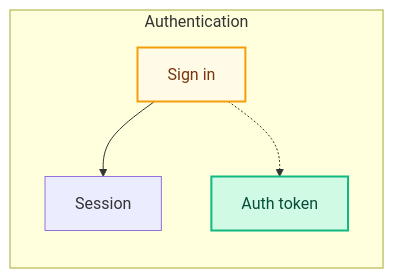
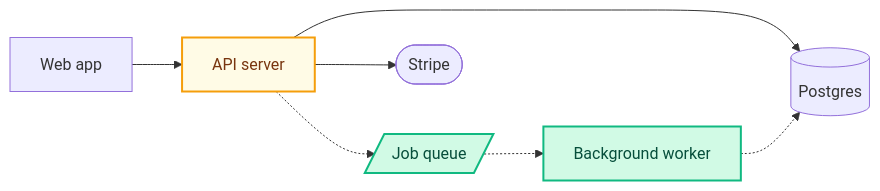
One commit to ian-klopper/mermaid-pr changed the diagram in agent/mermaid-pr.md. Above: the diagram before and after it, drawn with Mermaid. The commit also changed other lines of this file and 4 other files, not shown here.

First line of the commit message:
Gate diagrams on architecture changes; switch to system components

````diff
--- a/agent/mermaid-pr.md
+++ b/agent/mermaid-pr.md
@@ -115,18 +148,17 @@
 ```mermaid
 graph LR
   classDef added fill:#d1fae5,stroke:#10b981,stroke-width:2px,color:#064e3b;
   classDef modified fill:#fffbe6,stroke:#f59e0b,stroke-width:2px,color:#78350f;
   classDef removed fill:#fee2e2,stroke:#ef4444,stroke-width:2px,stroke-dasharray:5 3,color:#7f1d1d;
 
-  subgraph auth["Authentication"]
-    sign_in["Sign in"]
-    session["Session"]
-    token["Auth token"]
-  end
+  web["Web app"] --> api["API server"]
+  api --> db[("Postgres")]
+  api -.-> q[/"Job queue"/]
+  q -.-> worker["Background worker"]
+  worker -.-> db
+  api --> stripe(["Stripe"])
 
-  sign_in --> session
-  sign_in -.-> token
-
-  class sign_in modified
-  class token added
+  class api modified
+  class q added
+  class worker added
 ```
````
